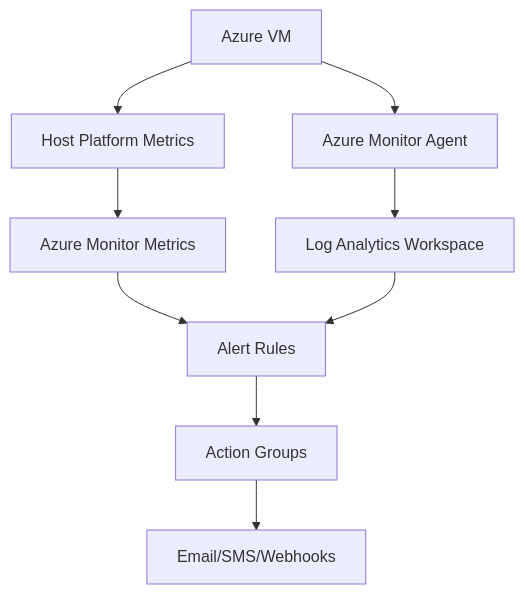
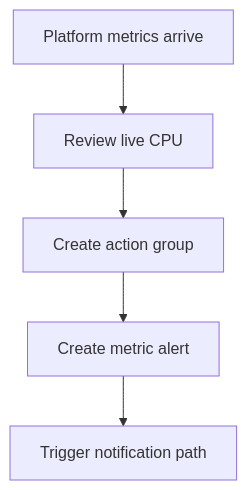
The diagram in docs/operations/monitoring-and-alerting.md (yeongseon/azure-virtual-machine-practical-guide), drawn with Mermaid before and after one commit. The commit also changed other lines of this file and 9 other files, not shown here.

````diff
--- a/docs/operations/monitoring-and-alerting.md
+++ b/docs/operations/monitoring-and-alerting.md
@@ -30,11 +47,7 @@
 ```mermaid
-graph TD
-    A[Azure VM] --> B[Host Platform Metrics]
-    A --> C[Azure Monitor Agent]
-    B --> D[Azure Monitor Metrics]
-    C --> E[Log Analytics Workspace]
-    D --> F[Alert Rules]
-    E --> F
-    F --> G[Action Groups]
-    G --> H[Email/SMS/Webhooks]
+flowchart TD
+    A[Platform metrics arrive] --> B[Review live CPU]
+    B --> C[Create action group]
+    C --> D[Create metric alert]
+    D --> E[Trigger notification path]
 ```
````
